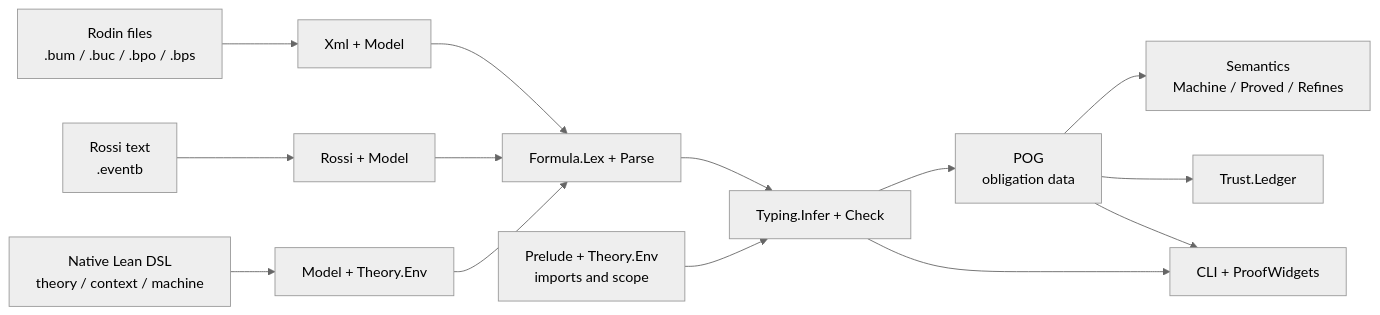
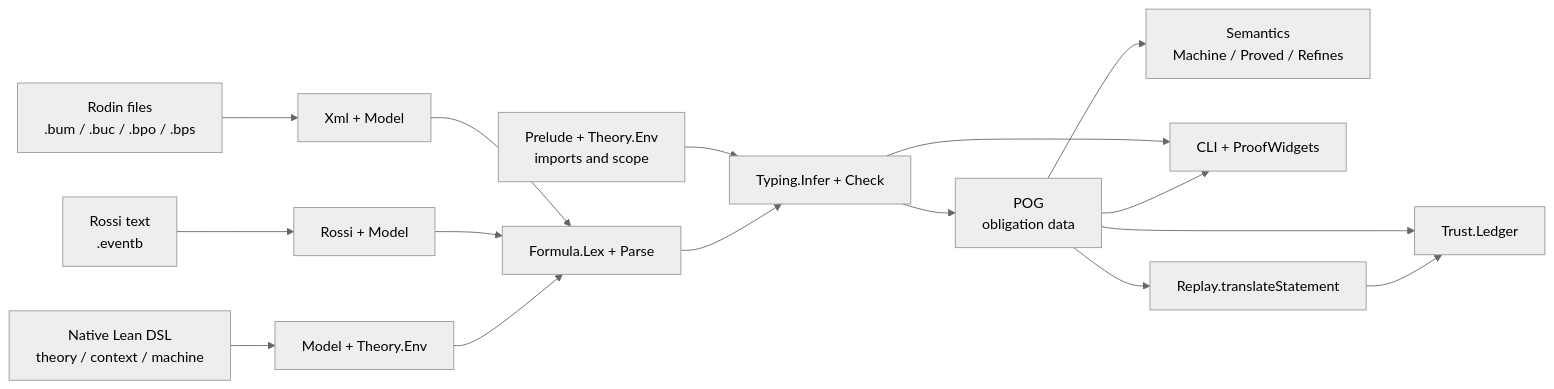
The first of 2 diagrams in notes/architecture.md (jonaprieto/eventb-lean), drawn with Mermaid (neutral theme) before and after one commit. The commit also changed other lines of this file and 2 other files, not shown here.

Commit message:
docs: close prototype v2 roadmap

````diff
--- a/notes/architecture.md
+++ b/notes/architecture.md
@@ -28,16 +28,18 @@
 ```mermaid
 flowchart LR
   R["Rodin files<br/>.bum / .buc / .bpo / .bps"] --> X["Xml + Model"]
   Q["Rossi text<br/>.eventb"] --> Y["Rossi + Model"]
   N["Native Lean DSL<br/>theory / context / machine"] --> A["Model + Theory.Env"]
   X --> F["Formula.Lex + Parse"]
   Y --> F
   A --> F
   P["Prelude + Theory.Env<br/>imports and scope"] --> T["Typing.Infer + Check"]
   F --> T
   T --> G["POG<br/>obligation data"]
   G --> S["Semantics<br/>Machine / Proved / Refines"]
   G --> L["Trust.Ledger"]
   T --> U["CLI + ProofWidgets"]
   G --> U
+  G --> E["Replay.translateStatement"]
+  E --> L
 ```
````
